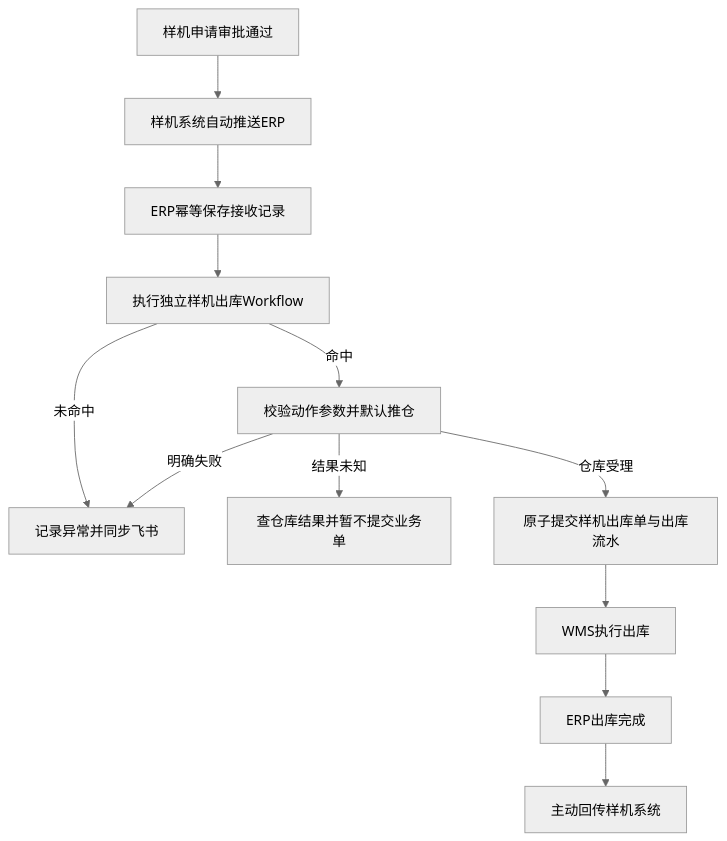
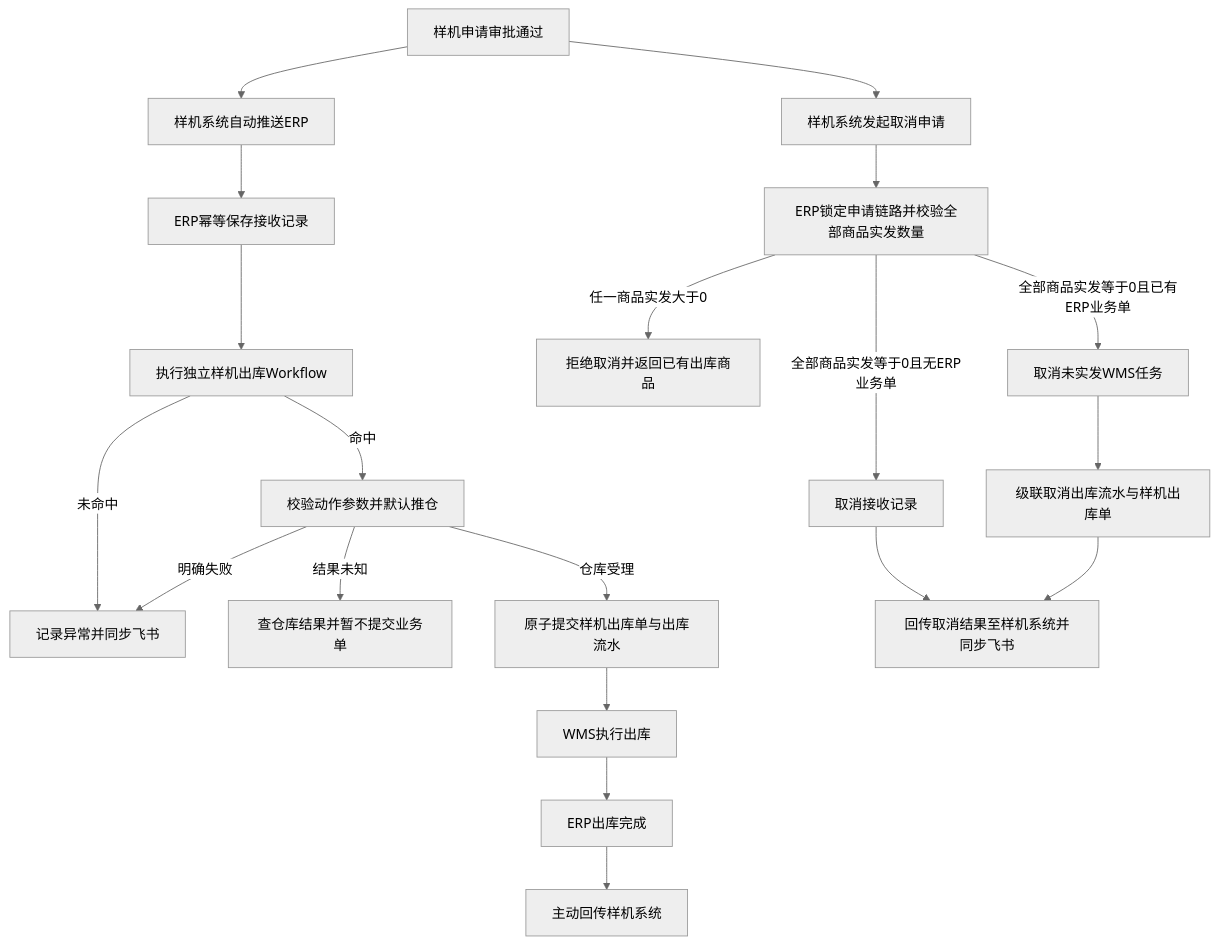
One commit to arlo-hello/erp-ai-docs-arlo changed the diagram in docs/v0.28.7/tasks/0208/product-plan.md. Above: the diagram before and after it, drawn with Mermaid (neutral theme). The commit also changed other lines of this file, not shown here.

````diff
--- a/docs/v0.28.7/tasks/0208/product-plan.md
+++ b/docs/v0.28.7/tasks/0208/product-plan.md
@@ -45,14 +45,22 @@
 ```mermaid
 flowchart TD
   A[样机申请审批通过] --> B[样机系统自动推送ERP]
   B --> C[ERP幂等保存接收记录]
   C --> D[执行独立样机出库Workflow]
   D -->|未命中| X[记录异常并同步飞书]
   D -->|命中| E[校验动作参数并默认推仓]
   E -->|明确失败| X
   E -->|结果未知| Y[查仓库结果并暂不提交业务单]
   E -->|仓库受理| F[原子提交样机出库单与出库流水]
   F --> G[WMS执行出库]
   G --> H[ERP出库完成]
   H --> I[主动回传样机系统]
+  A --> J[样机系统发起取消申请]
+  J --> K[ERP锁定申请链路并校验全部商品实发数量]
+  K -->|任一商品实发大于0| L[拒绝取消并返回已有出库商品]
+  K -->|全部商品实发等于0且无ERP业务单| M[取消接收记录]
+  K -->|全部商品实发等于0且已有ERP业务单| N[取消未实发WMS任务]
+  N --> O[级联取消出库流水与样机出库单]
+  M --> P[回传取消结果至样机系统并同步飞书]
+  O --> P
 ```
````
